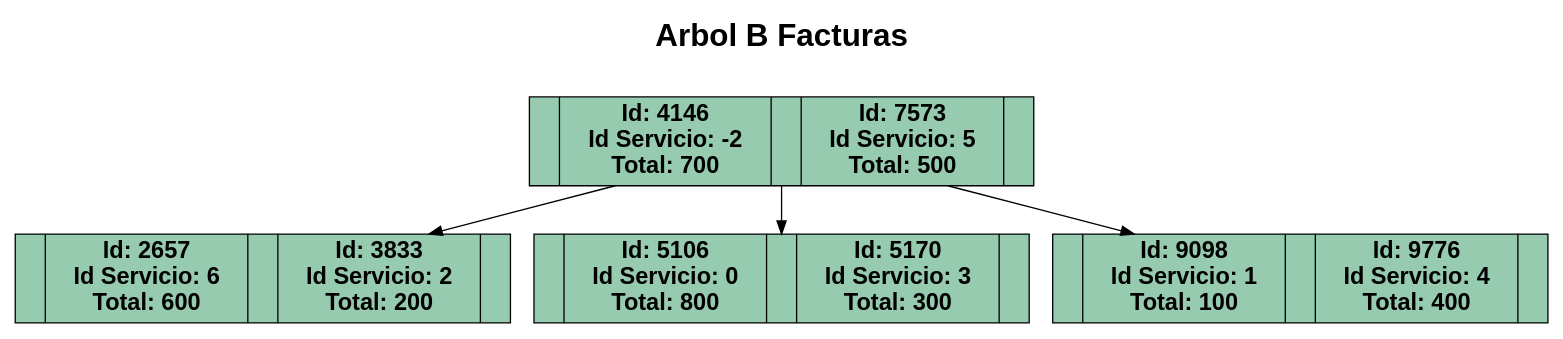
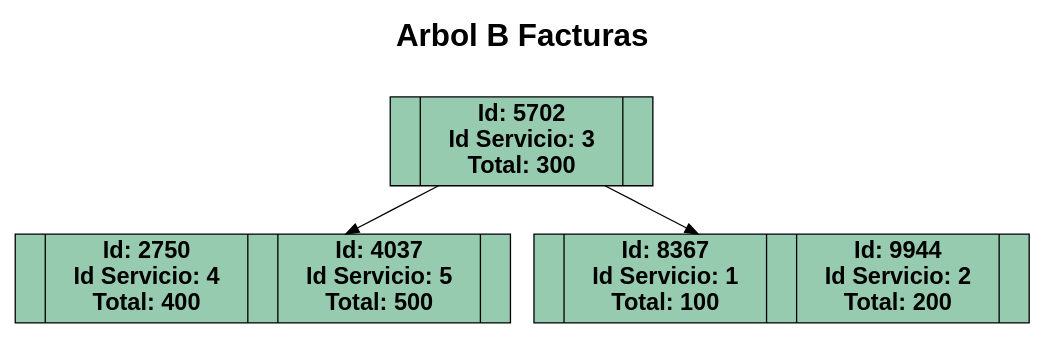
The diagram in Fase2/Reportes/facturas.dot (Saloj17/-EDD-1S2025_201900081), drawn with Graphviz before and after one commit. The commit also changed 31 other files, not shown here.

```diff
--- a/Fase2/Reportes/facturas.dot
+++ b/Fase2/Reportes/facturas.dot
@@ -1,16 +1,14 @@
 digraph ArbolB {
   node [shape=record, height=0.1];
   label = "Arbol B Facturas
 
 ";
   labelloc = "t";
   fontsize = 24;
   fontname = "Helvetica-Bold";
-  nodo_58870012 [label=" |Id: 4146\n Id Servicio: -2\n Total: 700| |Id: 7573\n Id Servicio: 5\n Total: 500|" style="filled" fillcolor="#96cbb0" fontname="Helvetica-Bold" fontsize = 18];
-  nodo_60068066 [label=" |Id: 2657\n Id Servicio: 6\n Total: 600| |Id: 3833\n Id Servicio: 2\n Total: 200|" style="filled" fillcolor="#96cbb0" fontname="Helvetica-Bold" fontsize = 18];
-  nodo_58870012 -> nodo_60068066;
-  nodo_3741682 [label=" |Id: 5106\n Id Servicio: 0\n Total: 800| |Id: 5170\n Id Servicio: 3\n Total: 300|" style="filled" fillcolor="#96cbb0" fontname="Helvetica-Bold" fontsize = 18];
-  nodo_58870012 -> nodo_3741682;
-  nodo_33675143 [label=" |Id: 9098\n Id Servicio: 1\n Total: 100| |Id: 9776\n Id Servicio: 4\n Total: 400|" style="filled" fillcolor="#96cbb0" fontname="Helvetica-Bold" fontsize = 18];
-  nodo_58870012 -> nodo_33675143;
+  nodo_43332040 [label=" |Id: 5702\n Id Servicio: 3\n Total: 300|" style="filled" fillcolor="#96cbb0" fontname="Helvetica-Bold" fontsize = 18];
+  nodo_54444047 [label=" |Id: 2750\n Id Servicio: 4\n Total: 400| |Id: 4037\n Id Servicio: 5\n Total: 500|" style="filled" fillcolor="#96cbb0" fontname="Helvetica-Bold" fontsize = 18];
+  nodo_43332040 -> nodo_54444047;
+  nodo_20234383 [label=" |Id: 8367\n Id Servicio: 1\n Total: 100| |Id: 9944\n Id Servicio: 2\n Total: 200|" style="filled" fillcolor="#96cbb0" fontname="Helvetica-Bold" fontsize = 18];
+  nodo_43332040 -> nodo_20234383;
 }
```
